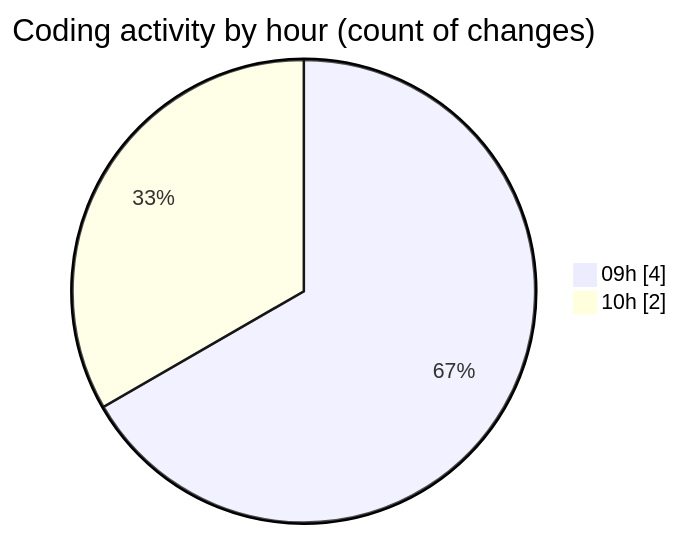
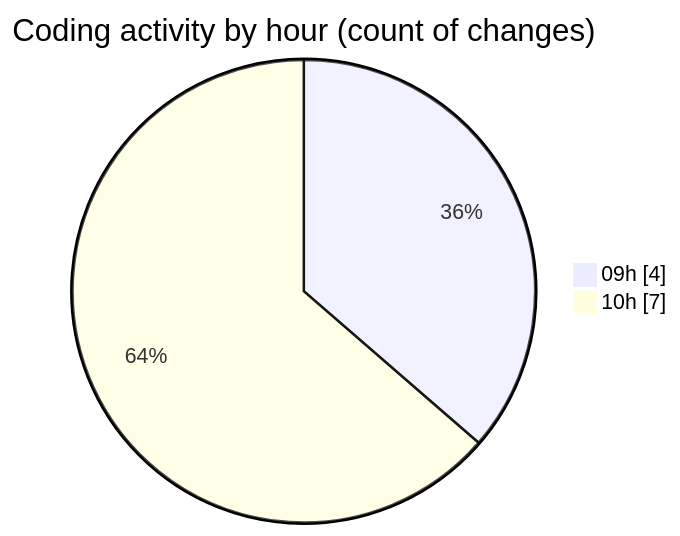
One commit to NitaiMahat/code-tracking changed the second of 2 diagrams in 2025-02-05/recipe-page-main/README.md. Above: the diagram before and after it, drawn with Mermaid. The commit also changed other lines of this file and 1 other file, not shown here.

````diff
--- a/2025-02-05/recipe-page-main/README.md
+++ b/2025-02-05/recipe-page-main/README.md
@@ -28,6 +28,6 @@
 ```mermaid
 pie showData
 title Coding activity by hour (count of changes)
 "09h" : 4
-"10h" : 2
+"10h" : 7
 ```
````
